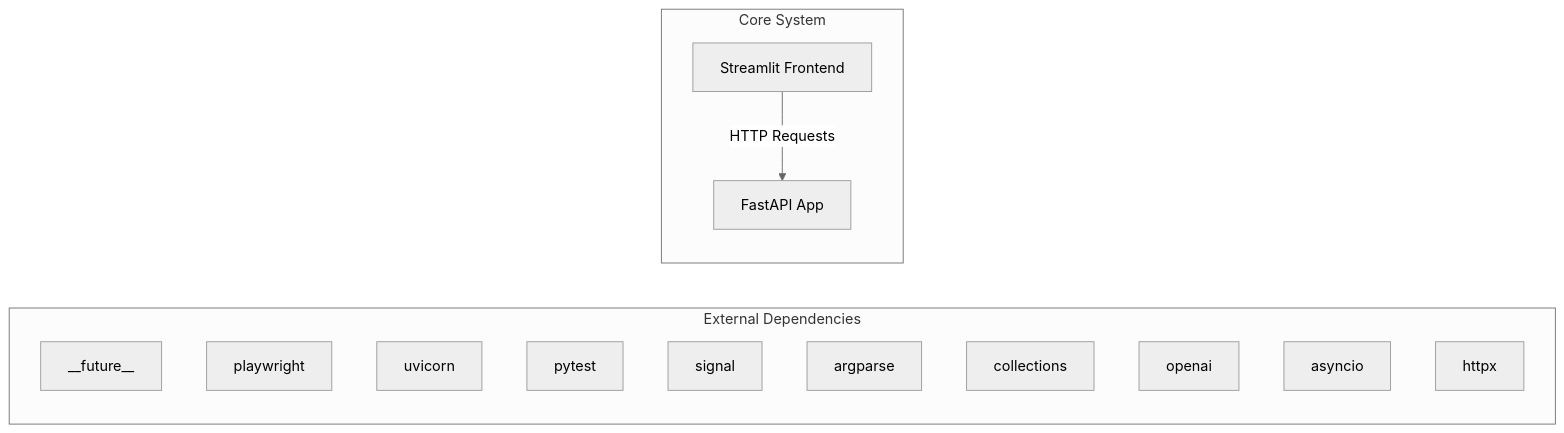
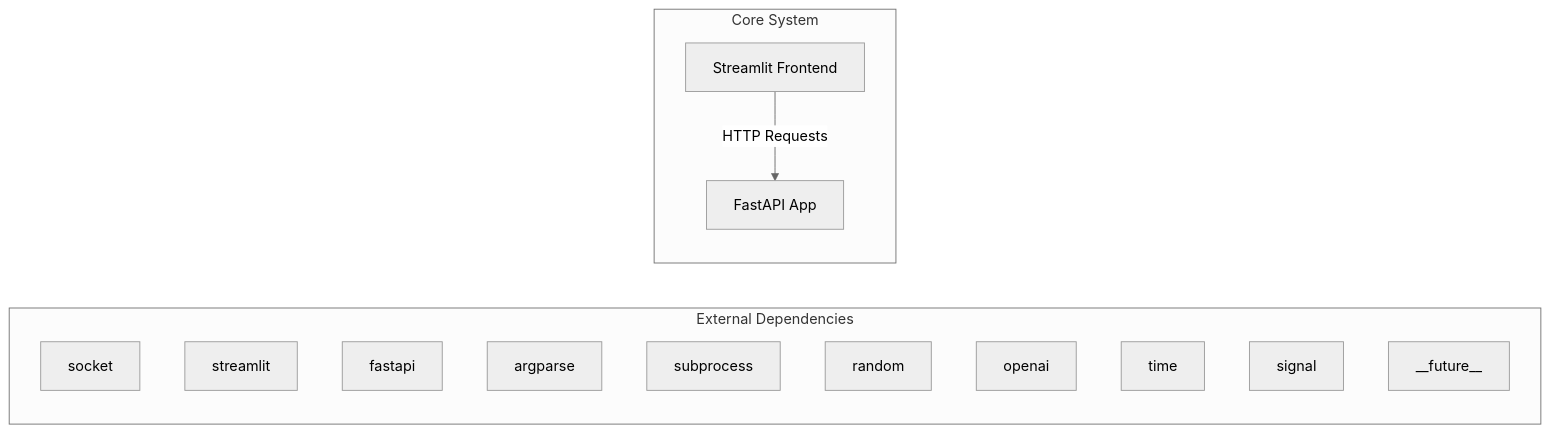
One commit to NITISH-R-G/rag-context-optimizer changed the first of 2 diagrams in docs/architecture.md. Above: the diagram before and after it, drawn with Mermaid (neutral theme). The commit also changed 1 other file, not shown here.

Commit message:
docs: auto-update repository knowledge, architecture diagrams, and documentation

````diff
--- a/docs/architecture.md
+++ b/docs/architecture.md
@@ -7,20 +7,20 @@
 ```mermaid
 graph LR
     subgraph External Dependencies
-        E0["__future__"]
-        E1["playwright"]
-        E2["uvicorn"]
-        E3["pytest"]
-        E4["signal"]
-        E5["argparse"]
-        E6["collections"]
-        E7["openai"]
-        E8["asyncio"]
-        E9["httpx"]
+        E0["socket"]
+        E1["streamlit"]
+        E2["fastapi"]
+        E3["argparse"]
+        E4["subprocess"]
+        E5["random"]
+        E6["openai"]
+        E7["time"]
+        E8["signal"]
+        E9["__future__"]
     end
     subgraph Core System
         API["FastAPI App"]
         UI["Streamlit Frontend"]
     end
     UI -->|HTTP Requests| API
 ```
````
